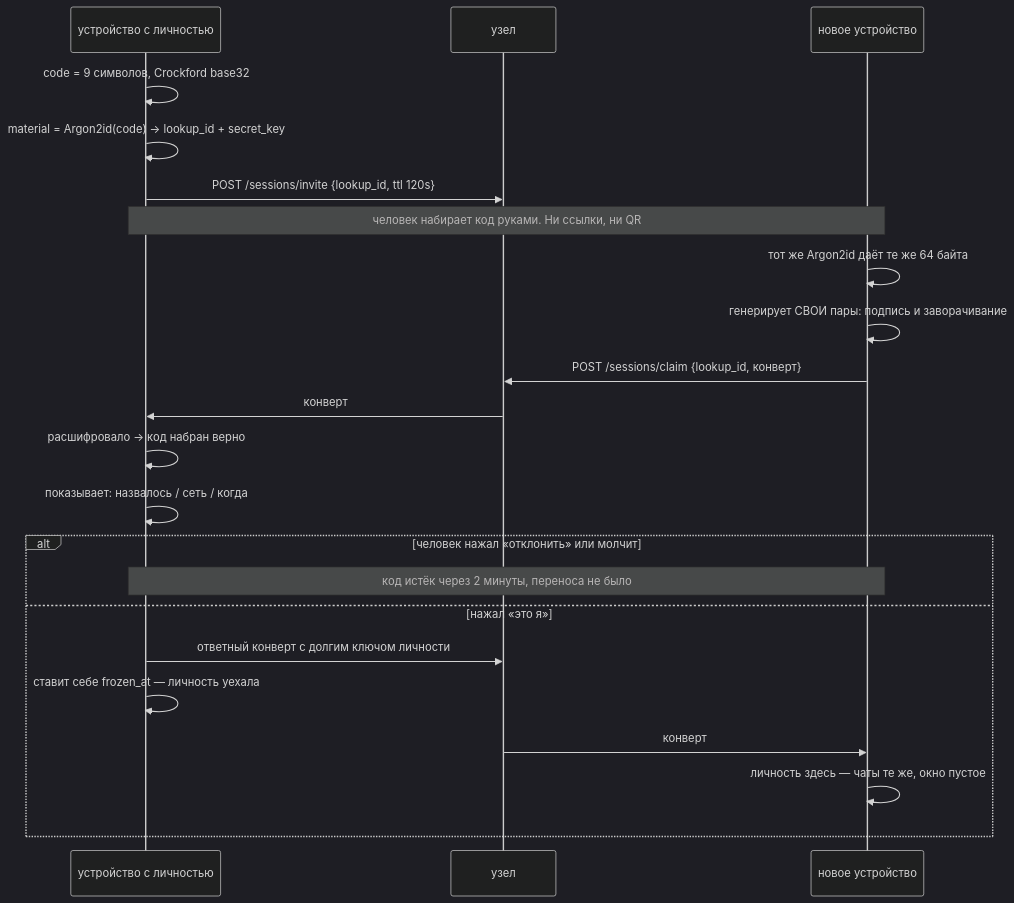
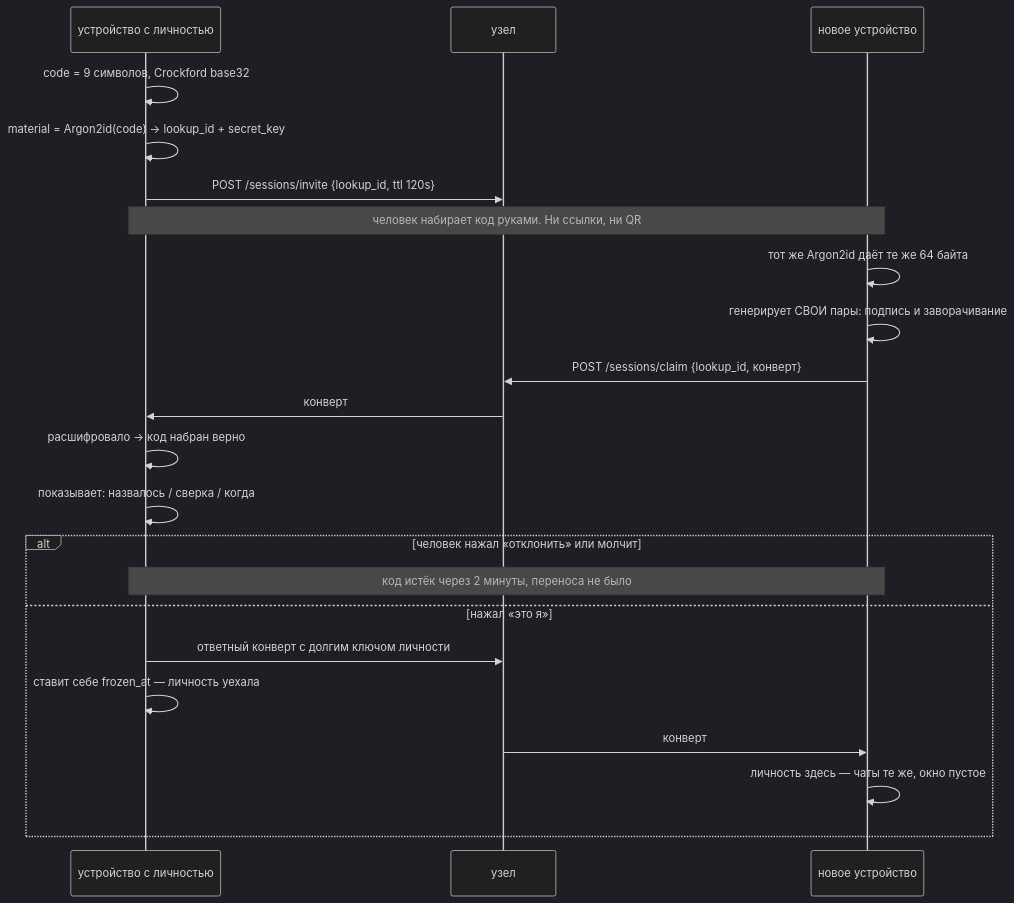
Before and after one commit to panov-id/xor.ad: the fourth of 30 diagrams in docs/chat-flows_RU.md, drawn with Mermaid (dark theme). The commit also changed other lines of this file and 40 other files, not shown here.

````diff
--- a/docs/chat-flows_RU.md
+++ b/docs/chat-flows_RU.md
@@ -125,24 +125,24 @@
 ```mermaid
 sequenceDiagram
   participant A as устройство с личностью
   participant N as узел
   participant B as новое устройство
   A->>A: code = 9 символов, Crockford base32
   A->>A: material = Argon2id#40;code#41; → lookup_id + secret_key
   A->>N: POST /sessions/invite #123;lookup_id, ttl 120s#125;
   Note over A,B: человек набирает код руками. Ни ссылки, ни QR
   B->>B: тот же Argon2id даёт те же 64 байта
   B->>B: генерирует СВОИ пары: подпись и заворачивание
   B->>N: POST /sessions/claim #123;lookup_id, конверт#125;
   N->>A: конверт
   A->>A: расшифровало → код набран верно
-  A->>A: показывает: назвалось / сеть / когда
+  A->>A: показывает: назвалось / сверка / когда
   alt человек нажал «отклонить» или молчит
     Note over A,B: код истёк через 2 минуты, переноса не было
   else нажал «это я»
     A->>N: ответный конверт с долгим ключом личности
     A->>A: ставит себе frozen_at — личность уехала
     N->>B: конверт
     B->>B: личность здесь — чаты те же, окно пустое
   end
 ```
````
